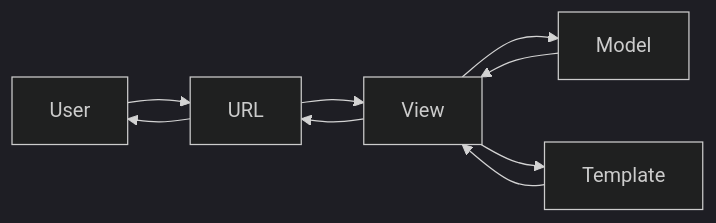
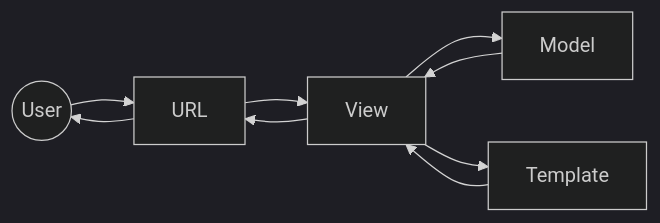
Before and after one commit to sanyi0411/django_notes: the second of 2 diagrams in README.md, drawn with Mermaid (dark theme). The commit also changed other lines of this file, not shown here.

Commit message:
Test mermaid

````diff
--- a/README.md
+++ b/README.md
@@ -148,11 +148,11 @@
 ```mermaid
 graph LR;
-    User-->URL;
+    User((User))-->URL;
     URL-->User;
     URL-->View;
     View-->URL;
     View-->Model;
     Model-->View;
     View-->Template;
     Template-->View;
 ```
````
